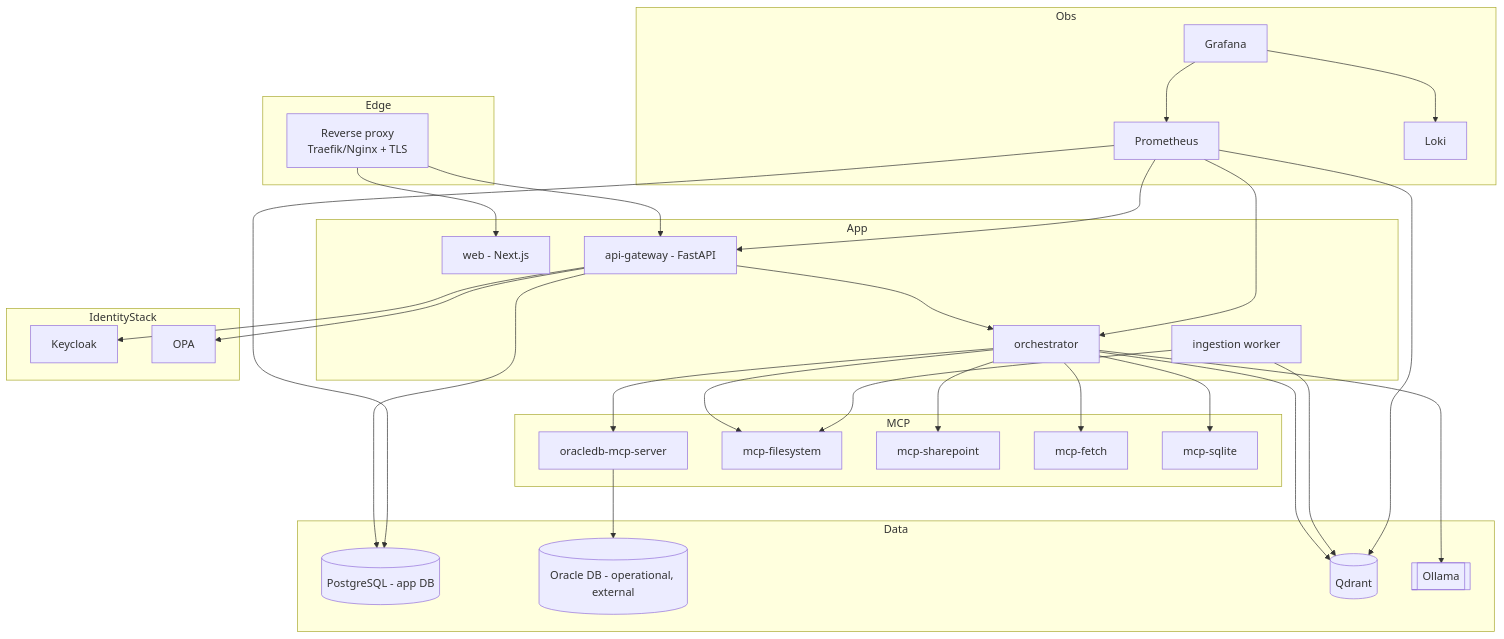
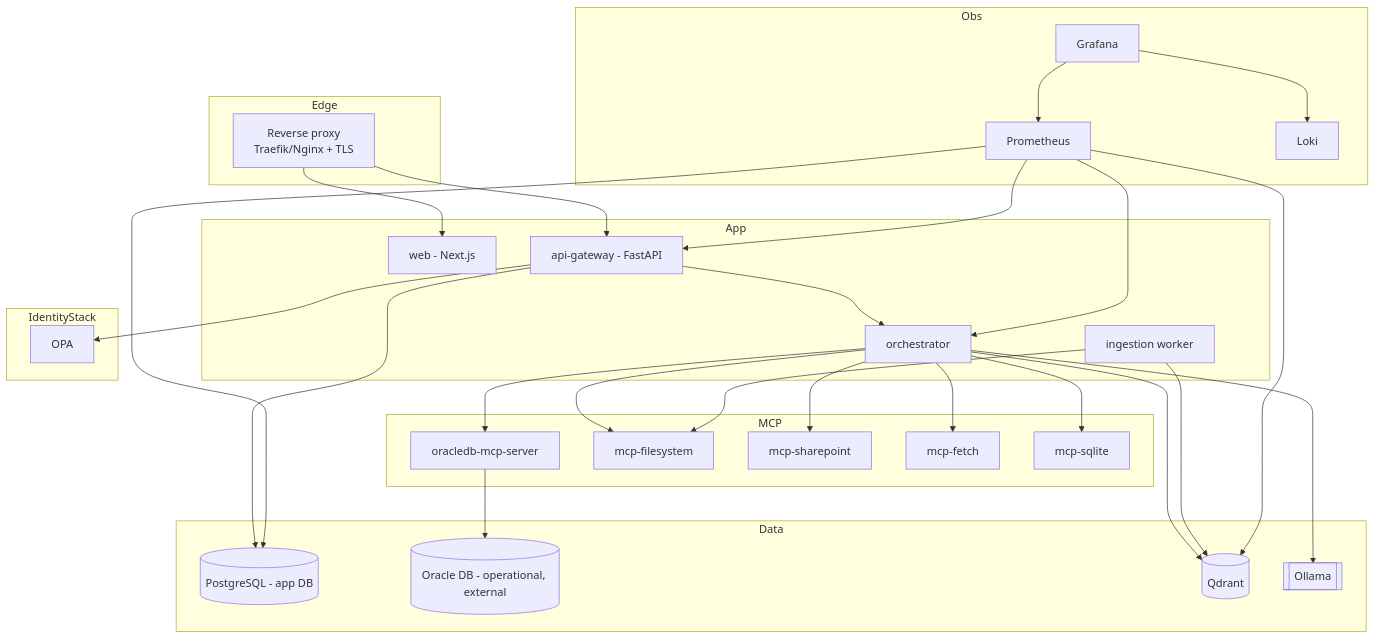
The diagram in docs/09-deployment.md (NdunaAI/KESO-AI), drawn with Mermaid before and after one commit. The commit also changed other lines of this file and 52 other files, not shown here.

````diff
--- a/docs/09-deployment.md
+++ b/docs/09-deployment.md
@@ -11,50 +11,48 @@
 ```mermaid
 flowchart TB
     subgraph Edge
         Proxy[Reverse proxy\nTraefik/Nginx + TLS]
     end
     subgraph App
         Web[web - Next.js]
         Gateway[api-gateway - FastAPI]
         Orchestrator[orchestrator]
         Ingestion[ingestion worker]
     end
     subgraph MCP
         MCPora[oracledb-mcp-server]
         MCPfs[mcp-filesystem]
         MCPsp[mcp-sharepoint]
         MCPfetch[mcp-fetch]
         MCPsqlite[mcp-sqlite]
     end
     subgraph Data
         PG[(PostgreSQL - app DB)]
         ORA[(Oracle DB - operational, external)]
         QD[(Qdrant)]
         Ollama[[Ollama]]
     end
     subgraph IdentityStack
-        KC[Keycloak]
         OPA[OPA]
     end
     subgraph Obs
         Prom[Prometheus]
         Graf[Grafana]
         Loki[Loki]
     end
 
     Proxy --> Web
     Proxy --> Gateway
-    Gateway --> KC
     Gateway --> OPA
     Gateway --> Orchestrator
     Orchestrator --> QD
     Orchestrator --> Ollama
     Orchestrator --> MCPora & MCPfs & MCPsp & MCPfetch & MCPsqlite
     MCPora --> ORA
     Ingestion --> QD
     Ingestion --> MCPfs
     Gateway --> PG
     Prom --> Gateway & Orchestrator & PG & QD
     Graf --> Prom
     Graf --> Loki
 ```
````
